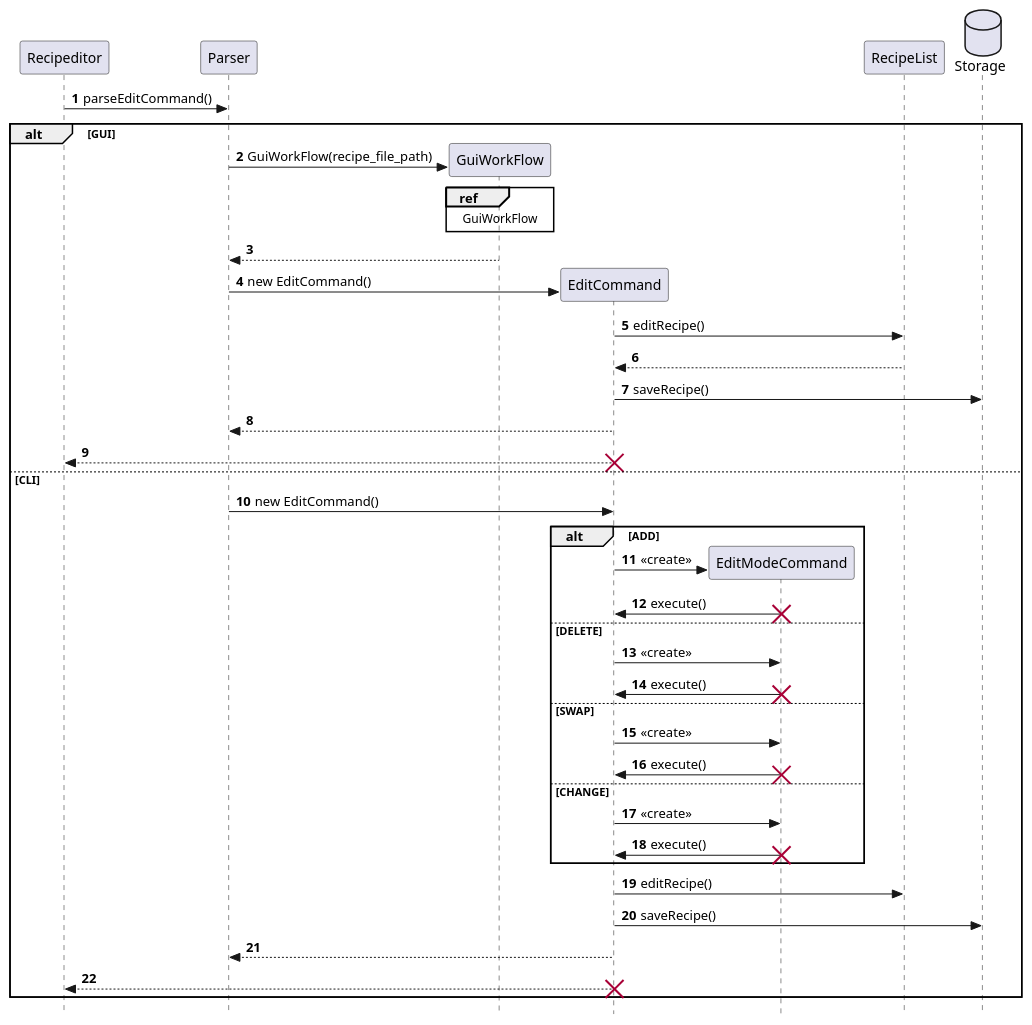
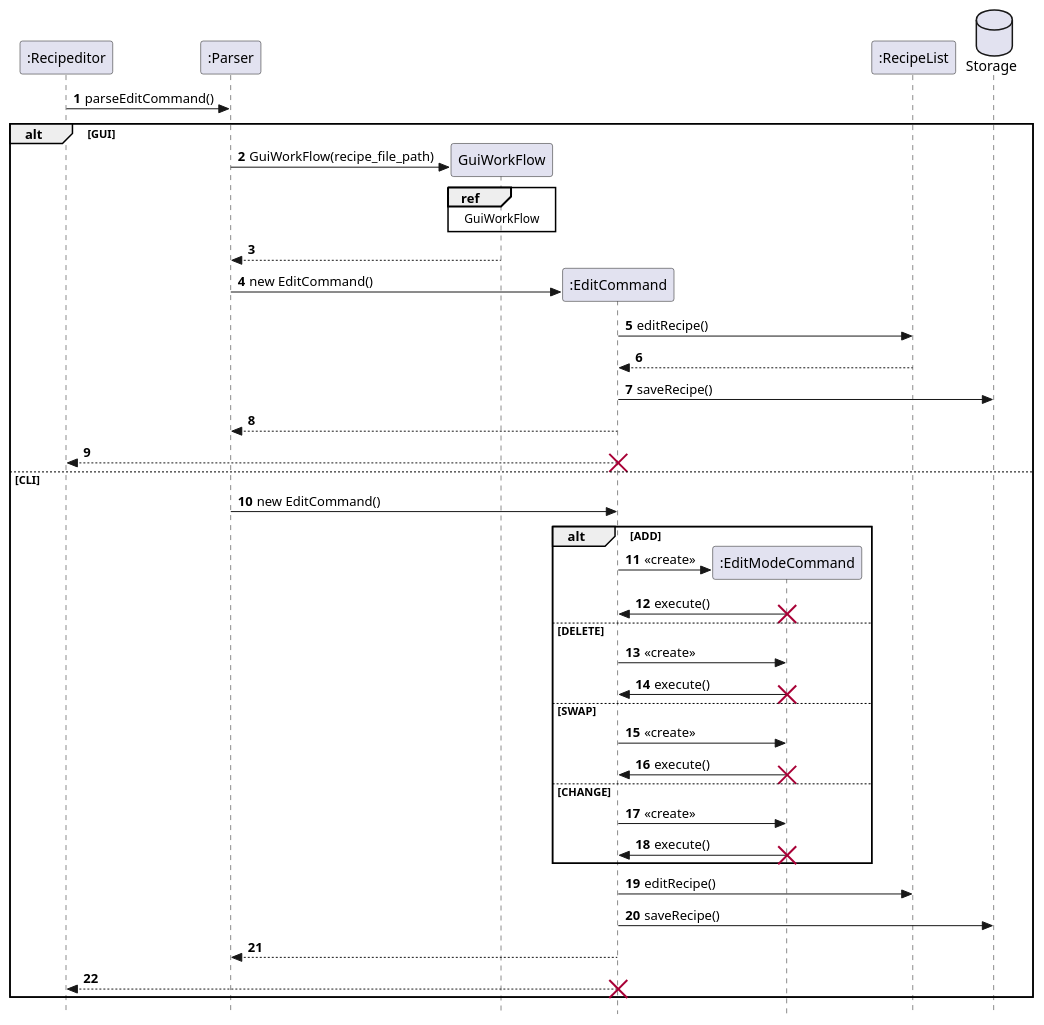
One commit to nus-cs2113-AY2223S1/tp changed the diagram in docs/SequenceDiagram/Edit.puml. Above: the diagram before and after it, drawn with PlantUML. The commit also changed 4 other files, not shown here.

```diff
--- a/docs/SequenceDiagram/Edit.puml
+++ b/docs/SequenceDiagram/Edit.puml
@@ -1,59 +1,59 @@
 @startuml
 skinparam Style strictuml
 autonumber
 
-participant Recipeditor
-participant Parser
-participant GuiWorkFlow
-participant EditCommand
-participant EditModeCommand
-participant RecipeList
+participant ":Recipeditor" as Recipeditor
+participant ":Parser" as Parser
+participant "GuiWorkFlow" as GuiWorkFlow
+participant ":EditCommand" as EditCommand
+participant ":EditModeCommand" as EditModeCommand
+participant ":RecipeList" as RecipeList
 
 database Storage
 
 Recipeditor -> Parser: parseEditCommand()
 create Parser
 
 alt GUI
 create GuiWorkFlow
 Parser -> GuiWorkFlow: GuiWorkFlow(recipe_file_path)
 ref over GuiWorkFlow
 GuiWorkFlow
 end
 GuiWorkFlow --> Parser
 create EditCommand
 Parser -> EditCommand: new EditCommand()
 EditCommand -> RecipeList: editRecipe()
 RecipeList --> EditCommand
 EditCommand -> Storage: saveRecipe()
 EditCommand --> Parser
 EditCommand --> Recipeditor
 destroy EditCommand
 else CLI
 Parser -> EditCommand: new EditCommand()
 create EditModeCommand
 alt ADD
 EditCommand -> EditModeCommand: <<create>>
 EditModeCommand -> EditCommand: execute()
 destroy EditModeCommand
 else DELETE
 EditCommand -> EditModeCommand: <<create>>
 EditModeCommand -> EditCommand: execute()
 destroy EditModeCommand
 else SWAP
 EditCommand -> EditModeCommand: <<create>>
 EditModeCommand -> EditCommand: execute()
 destroy EditModeCommand
 else CHANGE
 EditCommand -> EditModeCommand: <<create>>
 EditModeCommand -> EditCommand: execute()
 destroy EditModeCommand
 end
 EditCommand -> RecipeList: editRecipe()
 EditCommand -> Storage: saveRecipe()
 EditCommand --> Parser
 EditCommand --> Recipeditor
 destroy EditCommand
 end
 
 @enduml
```
